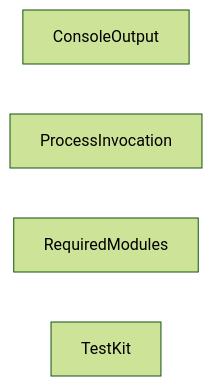
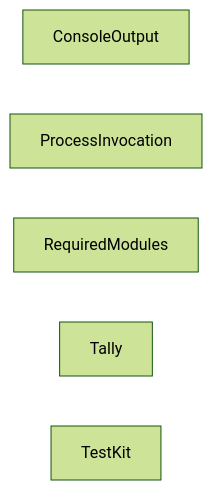
Before and after one commit to TaffarelJr/powershell-modules: the diagram in README.md, drawn with Mermaid (forest theme). The commit also changed other lines of this file and 11 other files, not shown here.

````diff
--- a/README.md
+++ b/README.md
@@ -27,7 +28,8 @@
 ```mermaid
 graph LR
     ConsoleOutput["ConsoleOutput"]
     ProcessInvocation["ProcessInvocation"]
     RequiredModules["RequiredModules"]
+    Tally["Tally"]
     TestKit["TestKit"]
 ```
````
